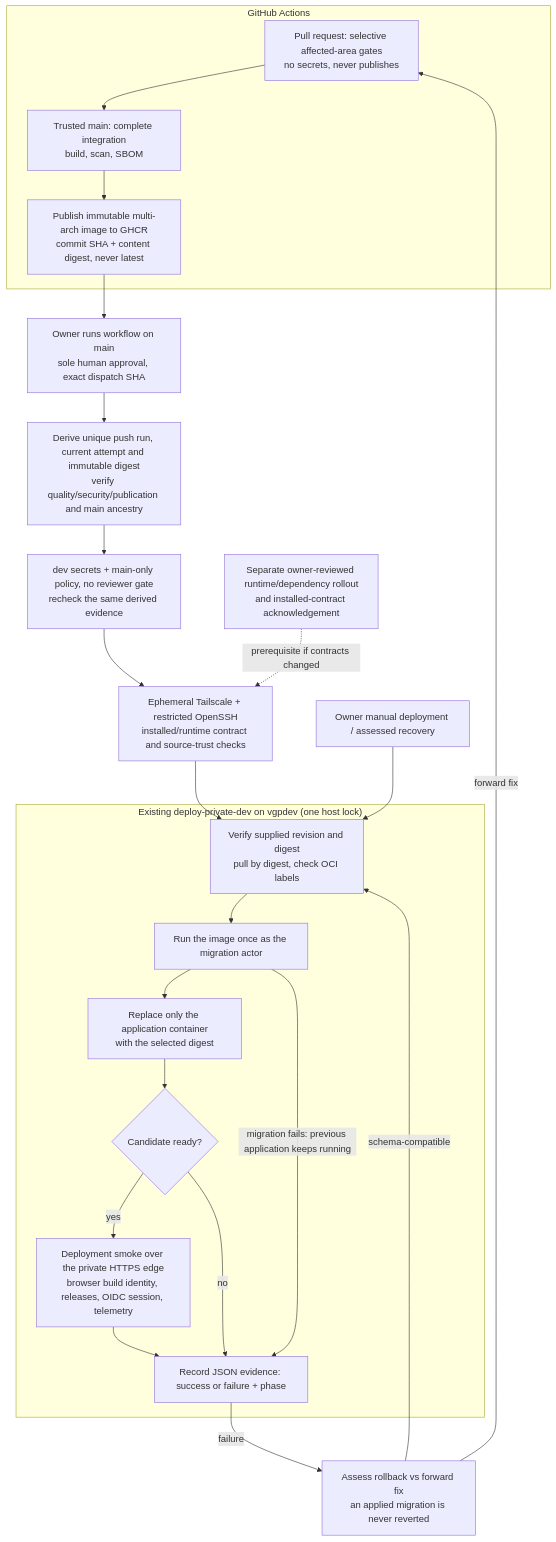
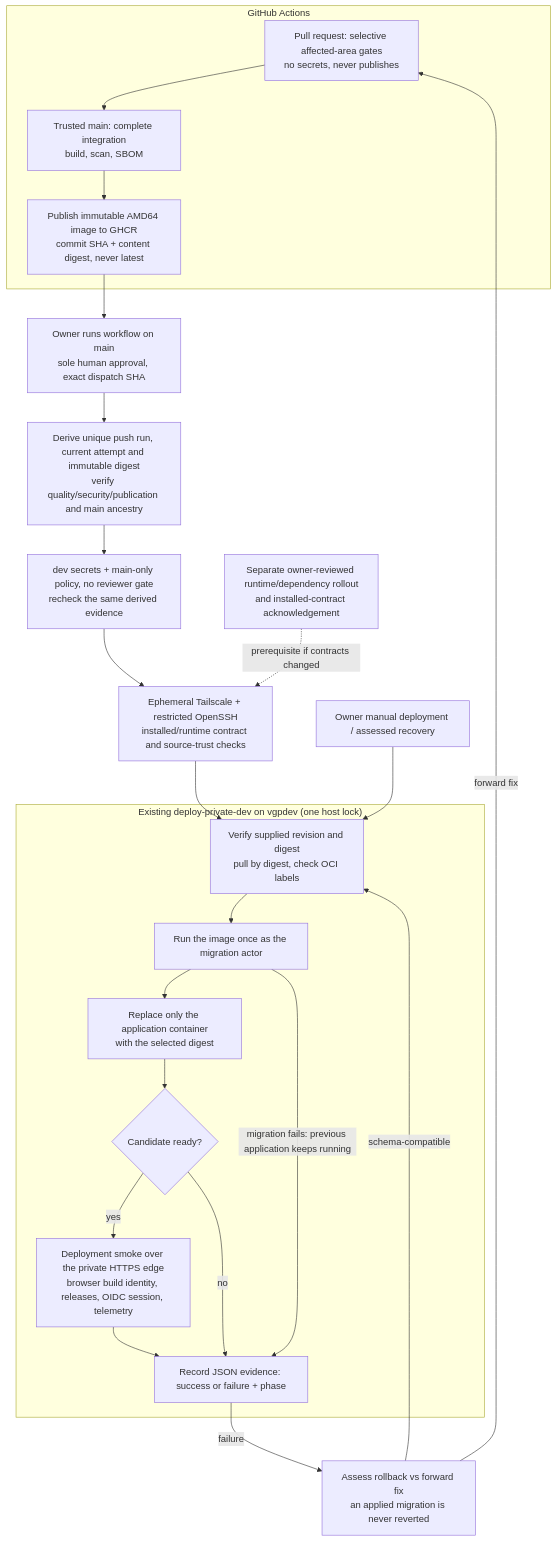
Before and after one commit to rubhern/videogame-platform: the diagram in docs/architecture/diagrams/mermaid/delivery-pipeline.mmd, drawn with Mermaid. The commit also changed 19 other files, not shown here.

```diff
--- a/docs/architecture/diagrams/mermaid/delivery-pipeline.mmd
+++ b/docs/architecture/diagrams/mermaid/delivery-pipeline.mmd
@@ -1,32 +1,32 @@
 flowchart TD
     subgraph CI["GitHub Actions"]
         PR["Pull request: selective affected-area gates<br/>no secrets, never publishes"]
         Main["Trusted main: complete integration<br/>build, scan, SBOM"]
-        GHCR["Publish immutable multi-arch image to GHCR<br/>commit SHA + content digest, never latest"]
+        GHCR["Publish immutable AMD64 image to GHCR<br/>commit SHA + content digest, never latest"]
         PR --> Main --> GHCR
     end
 
     Dispatch["Owner runs workflow on main<br/>sole human approval, exact dispatch SHA"]
     Evidence["Derive unique push run, current attempt and immutable digest<br/>verify quality/security/publication and main ancestry"]
     Environment["dev secrets + main-only policy, no reviewer gate<br/>recheck the same derived evidence"]
     Connect["Ephemeral Tailscale + restricted OpenSSH<br/>installed/runtime contract and source-trust checks"]
 
     subgraph Deploy["Existing deploy-private-dev on vgpdev (one host lock)"]
         Verify["Verify supplied revision and digest<br/>pull by digest, check OCI labels"]
         Migrate["Run the image once as the migration actor"]
         Replace["Replace only the application container<br/>with the selected digest"]
         Ready{"Candidate ready?"}
         Smoke["Deployment smoke over the private HTTPS edge<br/>browser build identity, releases, OIDC session, telemetry"]
         Record["Record JSON evidence: success or failure + phase"]
         Verify --> Migrate --> Replace --> Ready
         Ready -->|yes| Smoke --> Record
         Ready -->|no| Record
     end
 
     GHCR --> Dispatch --> Evidence --> Environment --> Connect --> Verify
     Manual["Owner manual deployment / assessed recovery"] --> Verify
     Runtime["Separate owner-reviewed runtime/dependency rollout<br/>and installed-contract acknowledgement"] -. prerequisite if contracts changed .-> Connect
     Migrate -->|migration fails: previous application keeps running| Record
     Record -->|failure| Assess["Assess rollback vs forward fix<br/>an applied migration is never reverted"]
     Assess -->|schema-compatible| Verify
     Assess -->|forward fix| PR
```
